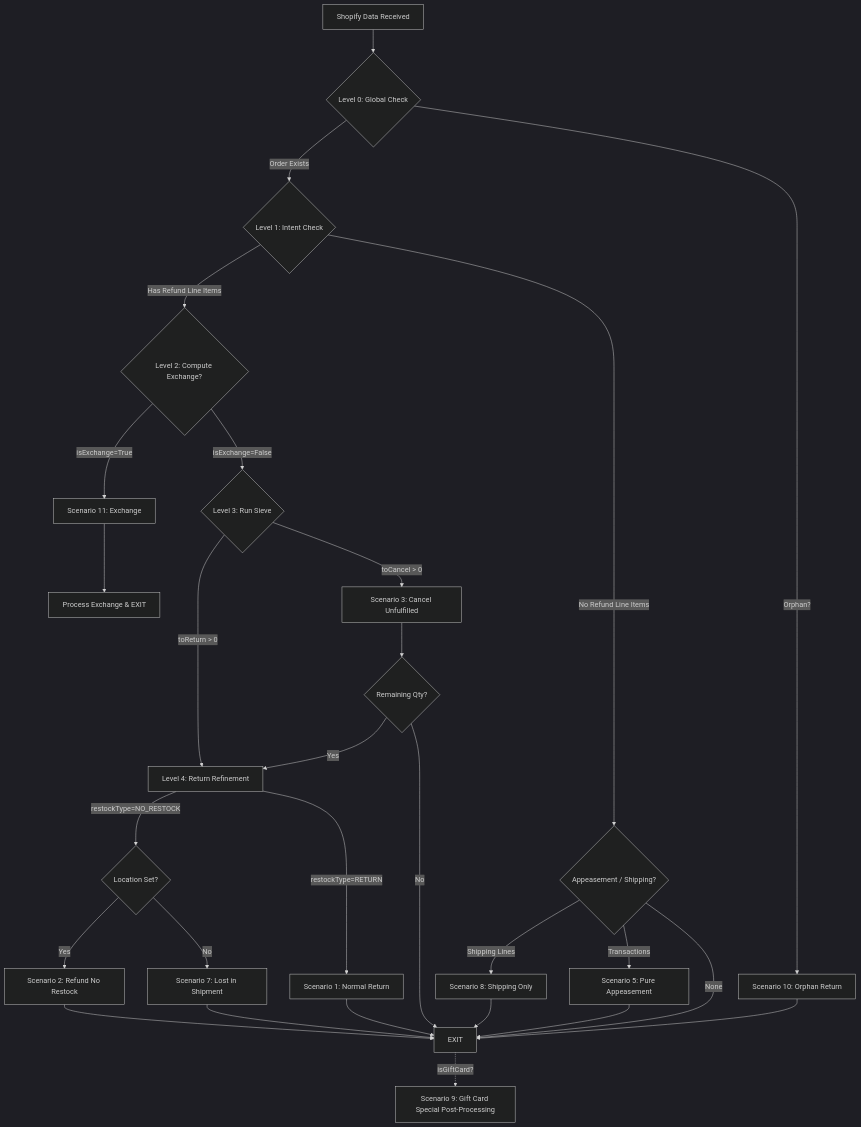
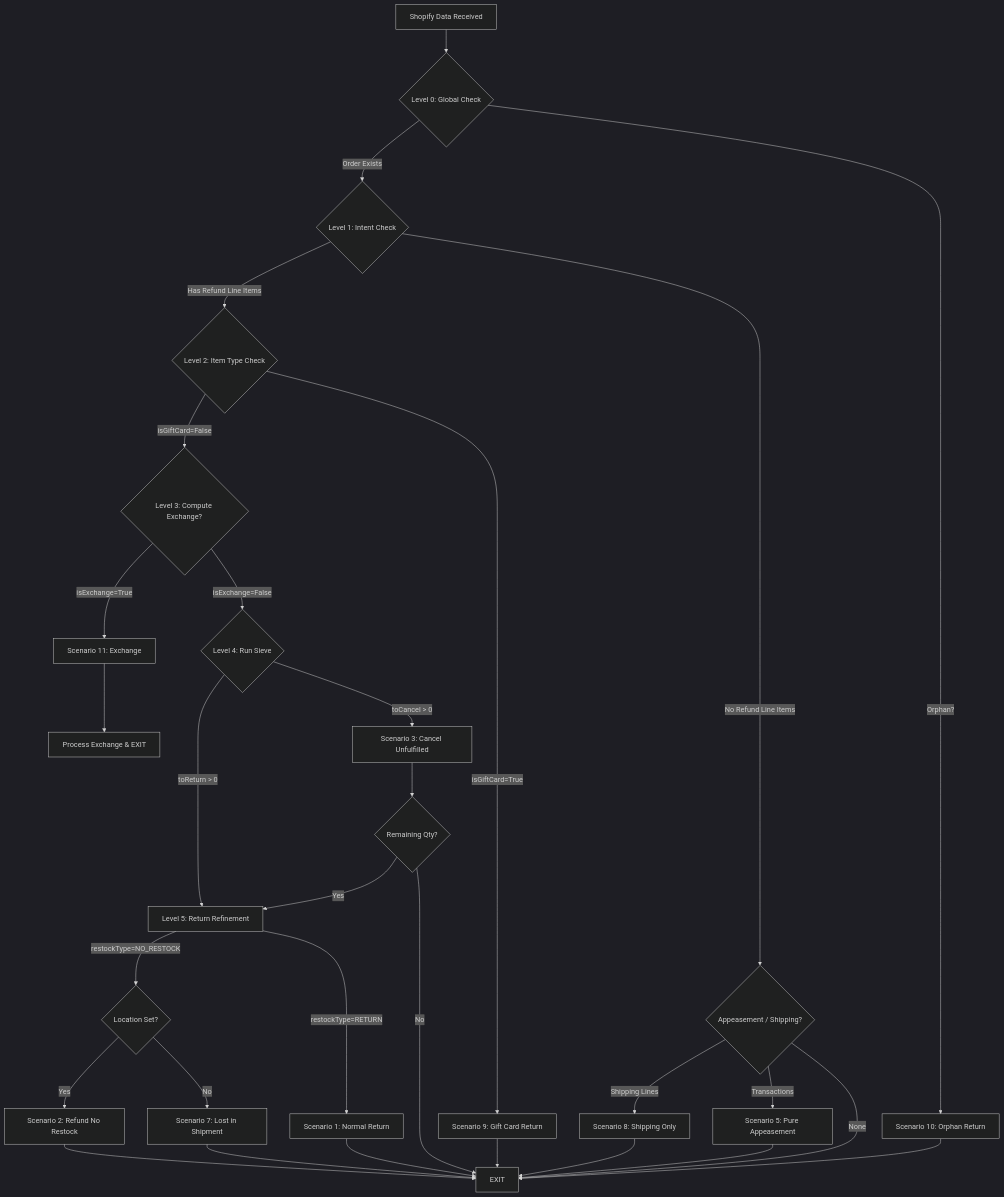
The diagram in docs/returns_refunds_decision_tree.md (hotwax/mantle-shopify-connector), drawn with Mermaid (dark theme) before and after one commit. The commit also changed other lines of this file, not shown here.

Commit message:
Promote Gift Card Return to a primary decision branch (Level 2) with clean exit

````diff
--- a/docs/returns_refunds_decision_tree.md
+++ b/docs/returns_refunds_decision_tree.md
@@ -7,40 +7,42 @@
 ```mermaid
 graph TD
     Start[Shopify Data Received] --> L0{Level 0: Global Check}
     
     L0 -->|Orphan?| Scenario10[Scenario 10: Orphan Return]
     Scenario10 --> Exit[EXIT]
     
     L0 -->|Order Exists| L1{Level 1: Intent Check}
     
     L1 -->|No Refund Line Items| L1_Sub{Appeasement / Shipping?}
     L1_Sub -->|Transactions| Scenario5[Scenario 5: Pure Appeasement]
     L1_Sub -->|Shipping Lines| Scenario8[Scenario 8: Shipping Only]
     L1_Sub -->|None| Exit
     Scenario5 --> Exit
     Scenario8 --> Exit
 
-    L1 -->|Has Refund Line Items| L2{Level 2: Compute Exchange?}
-    L2 -->|isExchange=True| Scenario11[Scenario 11: Exchange]
+    L1 -->|Has Refund Line Items| L2{Level 2: Item Type Check}
+    
+    L2 -->|isGiftCard=True| Scenario9[Scenario 9: Gift Card Return]
+    Scenario9 --> Exit
+    
+    L2 -->|isGiftCard=False| L3{Level 3: Compute Exchange?}
+    L3 -->|isExchange=True| Scenario11[Scenario 11: Exchange]
     Scenario11 --> ExchangeExit[Process Exchange & EXIT]
 
-    L2 -->|isExchange=False| L3{Level 3: Run Sieve}
-    L3 -->|toCancel > 0| Scenario3[Scenario 3: Cancel Unfulfilled]
+    L3 -->|isExchange=False| L4{Level 4: Run Sieve}
+    L4 -->|toCancel > 0| Scenario3[Scenario 3: Cancel Unfulfilled]
     Scenario3 --> SieveRemainder{Remaining Qty?}
     
-    SieveRemainder -->|Yes| L4[Level 4: Return Refinement]
+    SieveRemainder -->|Yes| L5[Level 5: Return Refinement]
     SieveRemainder -->|No| Exit
-    L3 -->|toReturn > 0| L4
+    L4 -->|toReturn > 0| L5
     
-    L4 -->|restockType=RETURN| Scenario1[Scenario 1: Normal Return]
-    L4 -->|restockType=NO_RESTOCK| L4_Sub{Location Set?}
-    L4_Sub -->|No| Scenario7[Scenario 7: Lost in Shipment]
-    L4_Sub -->|Yes| Scenario2[Scenario 2: Refund No Restock]
+    L5 -->|restockType=RETURN| Scenario1[Scenario 1: Normal Return]
+    L5 -->|restockType=NO_RESTOCK| L5_Sub{Location Set?}
+    L5_Sub -->|No| Scenario7[Scenario 7: Lost in Shipment]
+    L5_Sub -->|Yes| Scenario2[Scenario 2: Refund No Restock]
     
     Scenario1 --> Exit
     Scenario7 --> Exit
     Scenario2 --> Exit
-
-    %% Parallel Flag Check for Special Items
-    Exit -.->|isGiftCard?| Scenario9[Scenario 9: Gift Card Special Post-Processing]
 ```
````
